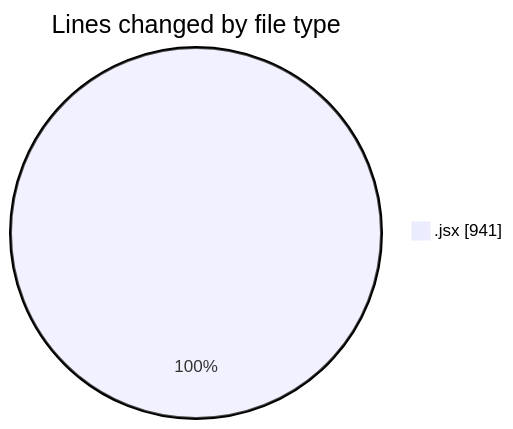
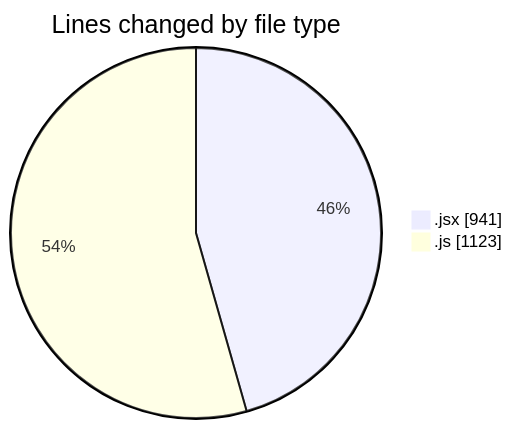
The first of 2 diagrams in 2025-12-08/nxtqube_webapp/README.md (nxtqubesakshisongat/code-tracking), drawn with Mermaid before and after one commit. The commit also changed other lines of this file and 1 other file, not shown here.

````diff
--- a/2025-12-08/nxtqube_webapp/README.md
+++ b/2025-12-08/nxtqube_webapp/README.md
@@ -22,5 +23,6 @@
 ```mermaid
 pie showData
 title Lines changed by file type
 ".jsx" : 941
+".js" : 1123
 ```
````
